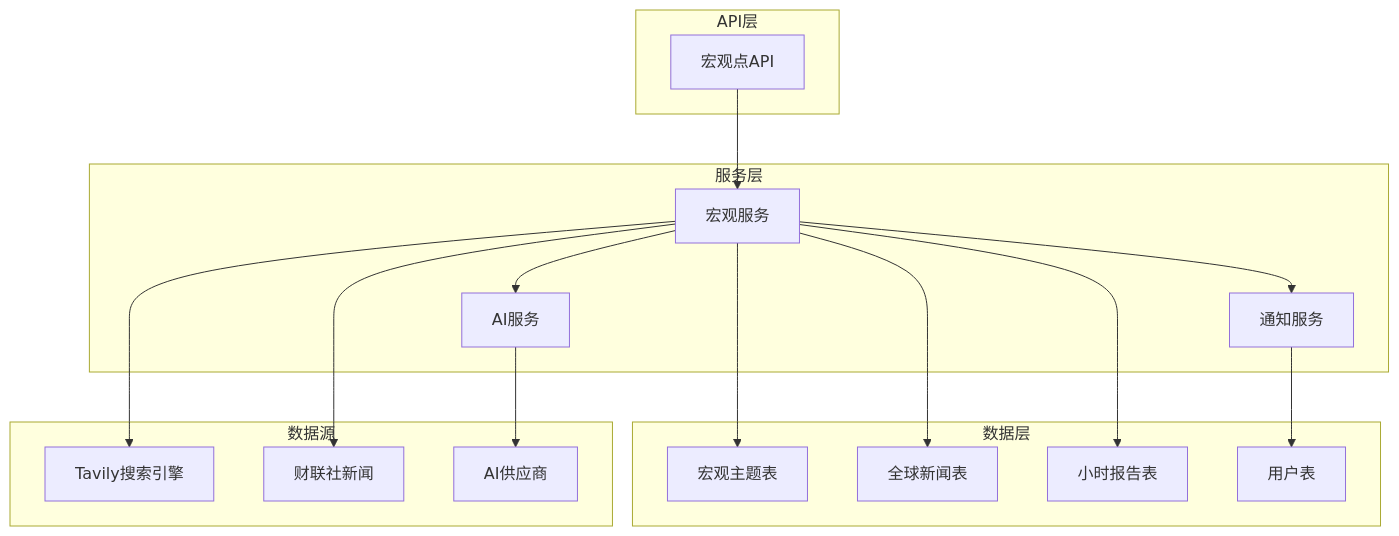
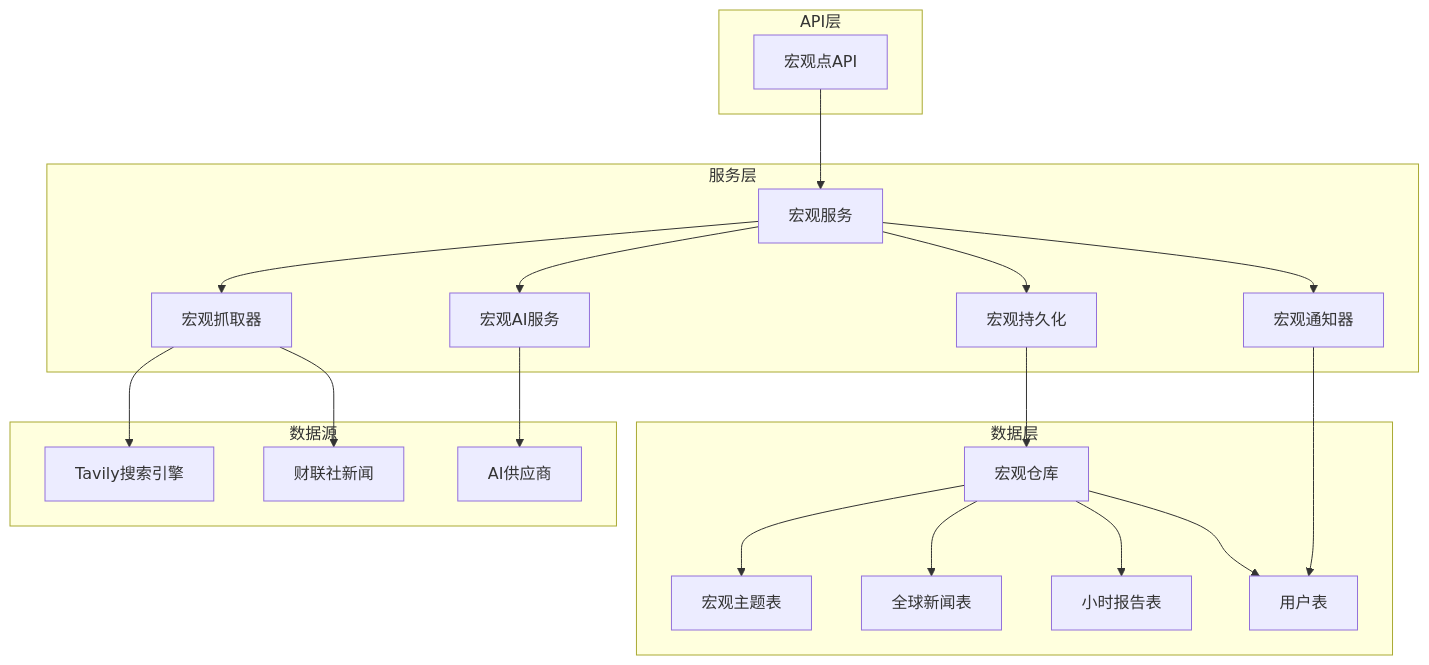
One commit to breeze-lyf/ai-stock-advisor changed the first of 5 diagrams in .qoder/repowiki/zh/content/后端开发指南/业务服务实现/宏观分析服务.md. Above: the diagram before and after it, drawn with Mermaid. The commit also changed other lines of this file and 52 other files, not shown here.

Commit message:
Remove Alpha Vantage provider, enhance Akshare with retry and forced proxy for reliable market data, and introduce user notification settings with corresponding database migrations and frontend updates.

````diff
--- a/.qoder/repowiki/zh/content/后端开发指南/业务服务实现/宏观分析服务.md
+++ b/.qoder/repowiki/zh/content/后端开发指南/业务服务实现/宏观分析服务.md
@@ -44,32 +55,39 @@
 ```mermaid
 graph TB
 subgraph "API层"
 MacroAPI[宏观点API]
 end
 subgraph "服务层"
 MacroService[宏观服务]
-AIService[AI服务]
-NotificationService[通知服务]
+MacroAIService[宏观AI服务]
+MacroFetcher[宏观抓取器]
+MacroNotifier[宏观通知器]
+MacroPersistence[宏观持久化]
 end
 subgraph "数据层"
+MacroRepository[宏观仓库]
 MacroTopic[宏观主题表]
 GlobalNews[全球新闻表]
 HourlyReport[小时报告表]
 UserModel[用户表]
 end
 subgraph "数据源"
 Tavily[Tavily搜索引擎]
 CLS[财联社新闻]
 AIProviders[AI供应商]
 end
 MacroAPI --> MacroService
-MacroService --> AIService
-MacroService --> NotificationService
-MacroService --> MacroTopic
-MacroService --> GlobalNews
-MacroService --> HourlyReport
-AIService --> AIProviders
-MacroService --> Tavily
-MacroService --> CLS
-NotificationService --> UserModel
+MacroService --> MacroAIService
+MacroService --> MacroFetcher
+MacroService --> MacroNotifier
+MacroService --> MacroPersistence
+MacroPersistence --> MacroRepository
+MacroRepository --> MacroTopic
+MacroRepository --> GlobalNews
+MacroRepository --> HourlyReport
+MacroRepository --> UserModel
+MacroAIService --> AIProviders
+MacroFetcher --> Tavily
+MacroFetcher --> CLS
+MacroNotifier --> UserModel
 ```
````
